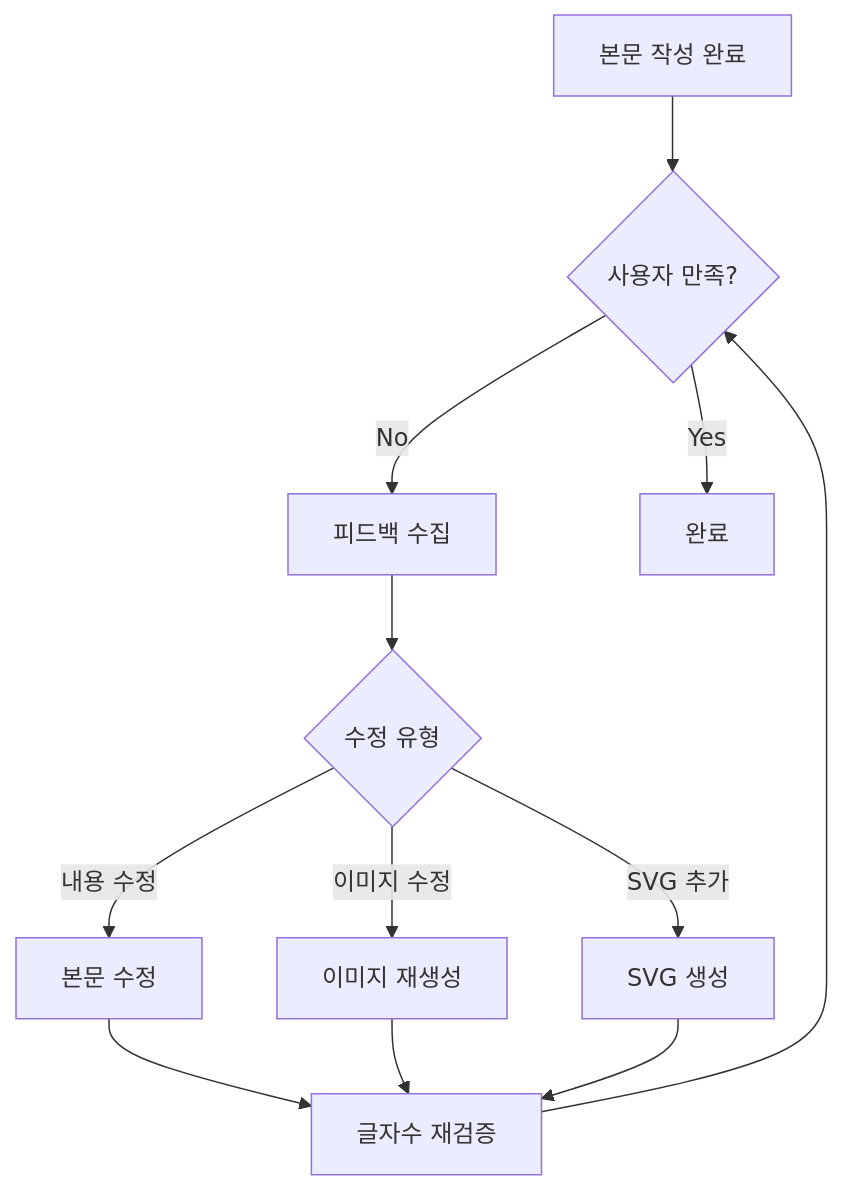
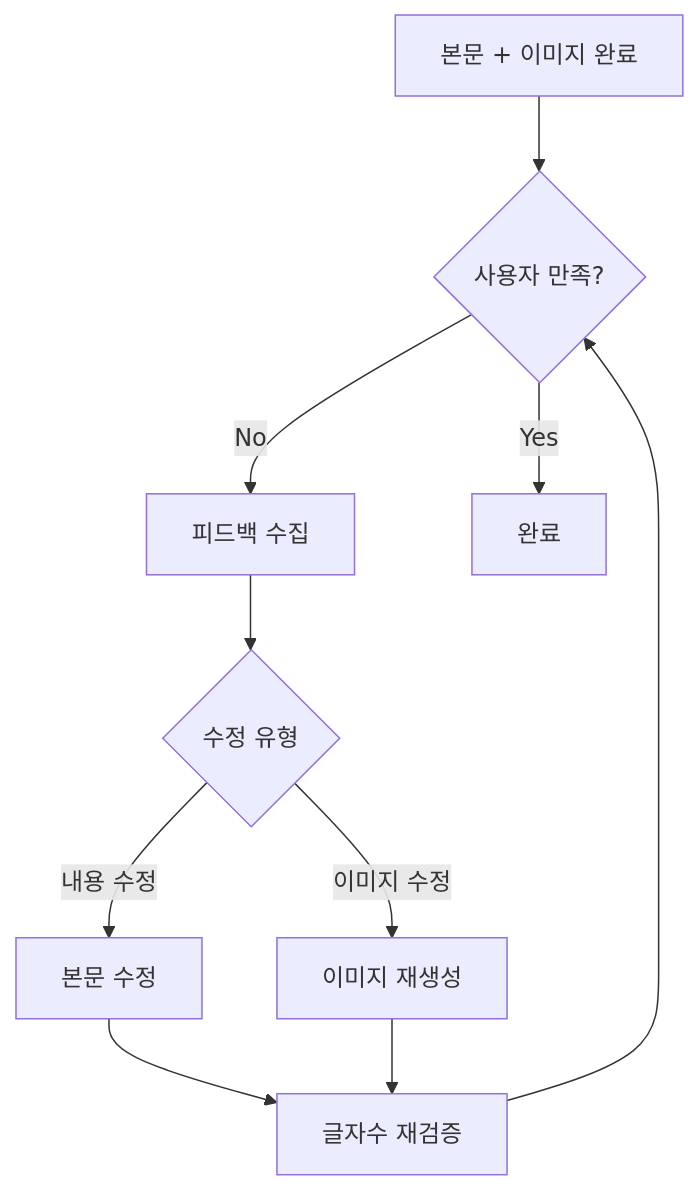
Before and after one commit to kim62210/naver-blog-automation-skill: the fourth of 9 diagrams in PIPELINE-ANALYSIS.md, drawn with Mermaid. The commit also changed other lines of this file and 1 other file, not shown here.

First line of the commit message:
docs: 워크플로우 문서 8→9단계 업데이트

````diff
--- a/PIPELINE-ANALYSIS.md
+++ b/PIPELINE-ANALYSIS.md
@@ -407,14 +443,12 @@
 ```mermaid
 flowchart TB
-    A[본문 작성 완료] --> B{사용자 만족?}
+    A[본문 + 이미지 완료] --> B{사용자 만족?}
     B -->|No| C[피드백 수집]
     C --> D{수정 유형}
     D -->|내용 수정| E[본문 수정]
     D -->|이미지 수정| F[이미지 재생성]
-    D -->|SVG 추가| G[SVG 생성]
-    E --> H[글자수 재검증]
-    F --> H
-    G --> H
-    H --> B
-    B -->|Yes| I[완료]
+    E --> G[글자수 재검증]
+    F --> G
+    G --> B
+    B -->|Yes| H[완료]
 ```
````
